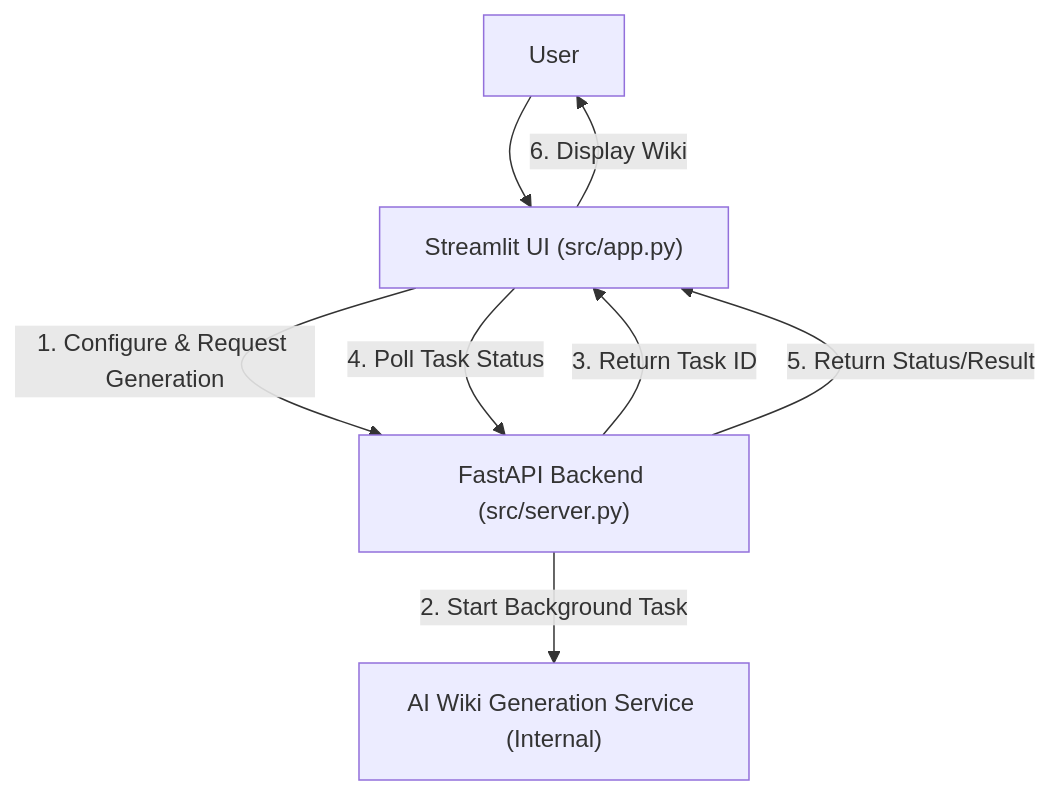
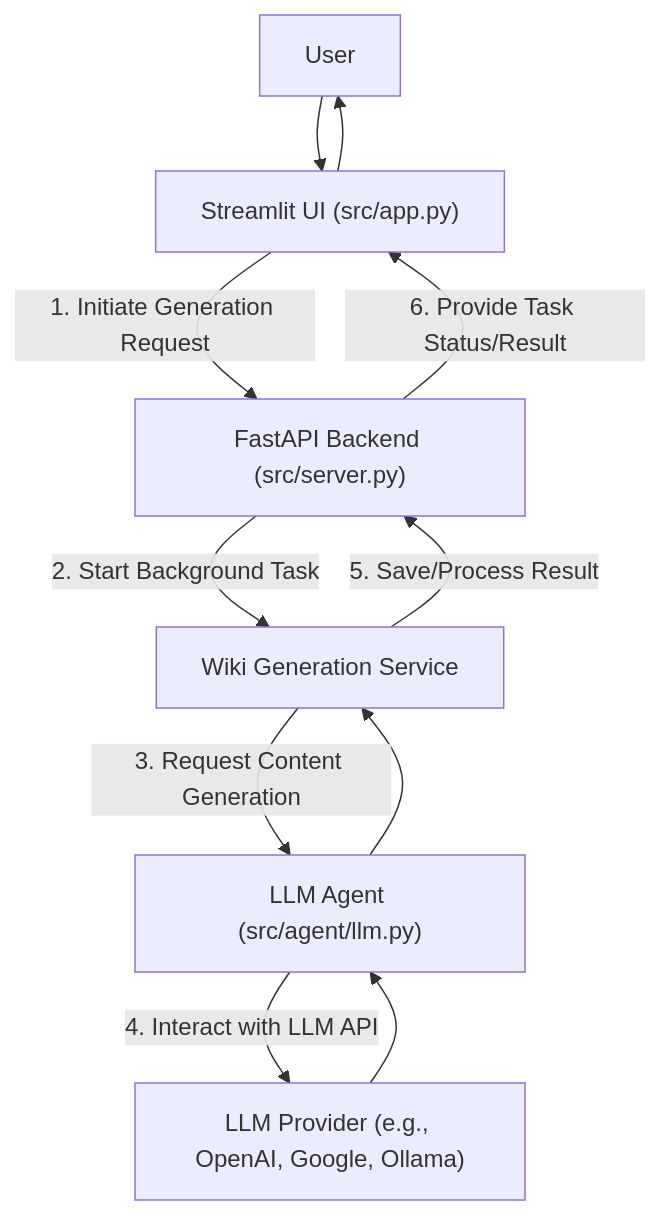
Before and after one commit to catuscio/wiki-as-readme: diagram 14 of 19 in examples/wiki_as_README.md, drawn with Mermaid. The commit also changed other lines of this file, not shown here.

Commit message:
✨📚 Update examples/wiki_as_README.md via Wiki-As-Readme Action (en)

````diff
--- a/examples/wiki_as_README.md
+++ b/examples/wiki_as_README.md
@@ -1529,10 +1690,13 @@
 ```mermaid
 graph TD
-    A["User"] --> B["Streamlit UI (src/app.py)"]
-    B -- "1. Configure & Request Generation" --> C["FastAPI Backend (src/server.py)"]
-    C -- "2. Start Background Task" --> D["AI Wiki Generation Service (Internal)"]
-    C -- "3. Return Task ID" --> B
-    B -- "4. Poll Task Status" --> C
-    C -- "5. Return Status/Result" --> B
-    B -- "6. Display Wiki" --> A
+    A["User"] --> B["Streamlit UI (src/app.py)"];
+    B -- "1. Initiate Generation Request" --> C["FastAPI Backend (src/server.py)"];
+    C -- "2. Start Background Task" --> D["Wiki Generation Service"];
+    D -- "3. Request Content Generation" --> E["LLM Agent (src/agent/llm.py)"];
+    E -- "4. Interact with LLM API" --> F["LLM Provider (e.g., OpenAI, Google, Ollama)"];
+    F --> E;
+    E --> D;
+    D -- "5. Save/Process Result" --> C;
+    C -- "6. Provide Task Status/Result" --> B;
+    B --> A;
 ```
````
